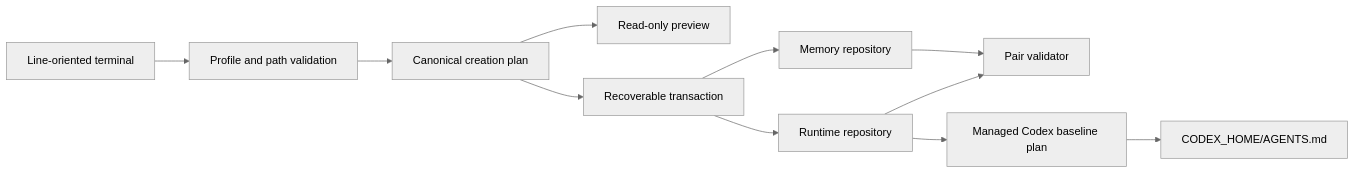
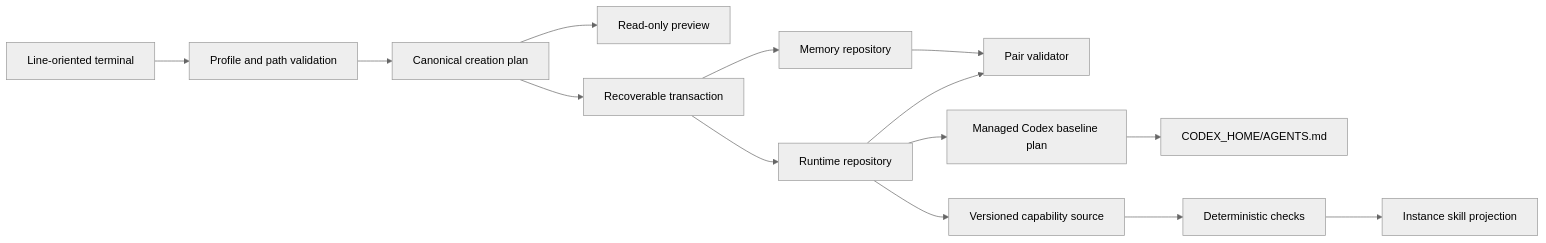
The diagram in docs/architecture.md (acoz-labs/my-friday), drawn with Mermaid (neutral theme) before and after one commit. The commit also changed other lines of this file and 15 other files, not shown here.

````diff
--- a/docs/architecture.md
+++ b/docs/architecture.md
@@ -9,13 +9,16 @@
 ```mermaid
 flowchart LR
   T[Line-oriented terminal] --> P[Profile and path validation]
   P --> C[Canonical creation plan]
   C --> V[Read-only preview]
   C --> X[Recoverable transaction]
   X --> R[Runtime repository]
   X --> M[Memory repository]
   R --> Z[Pair validator]
   M --> Z
   R --> B[Managed Codex baseline plan]
   B --> H[CODEX_HOME/AGENTS.md]
+  R --> S[Versioned capability source]
+  S --> Q[Deterministic checks]
+  Q --> I[Instance skill projection]
 ```
````
